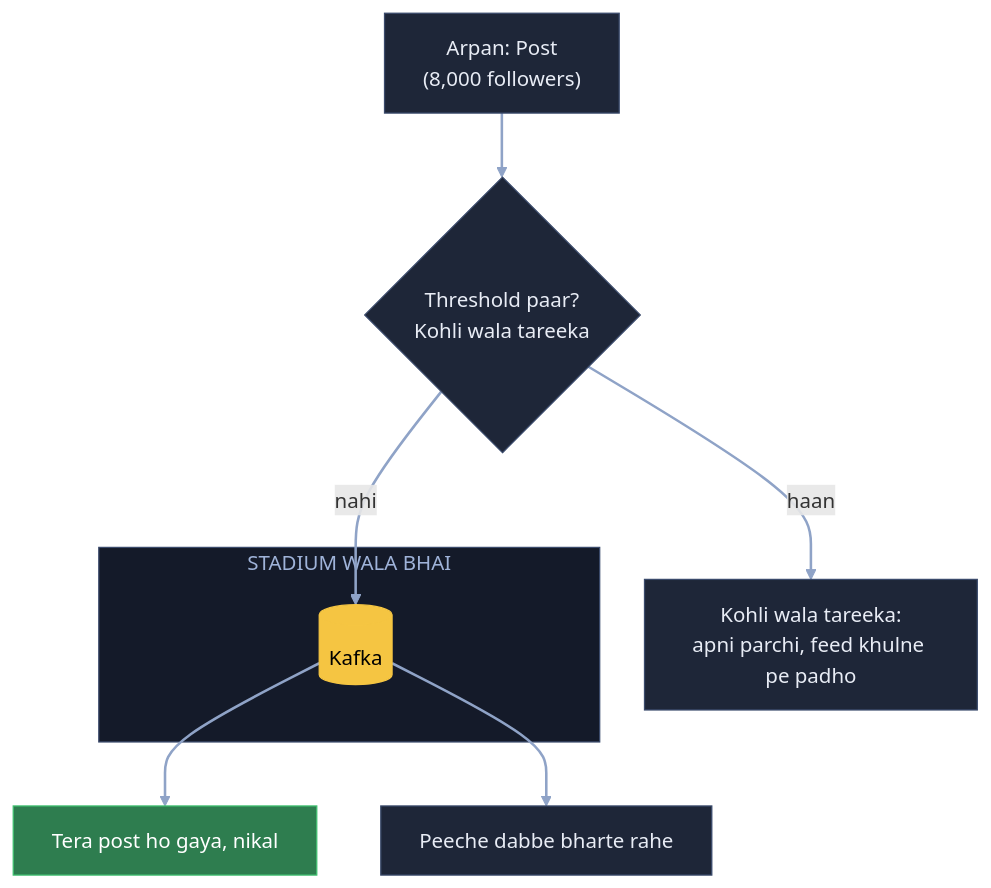
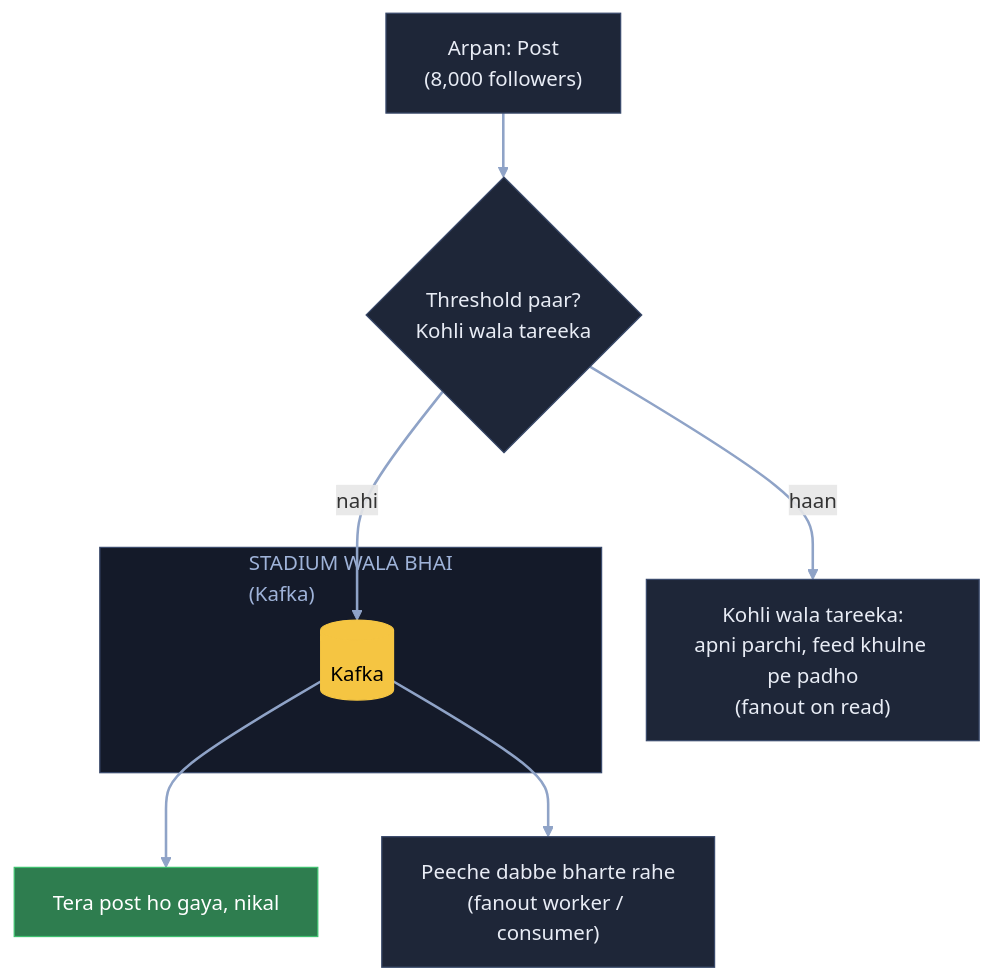
The fourth of 21 diagrams in 04_HLD/SYSTEM_DESIGNS/03_twitter_feed/03_twitter_feed.md (ArpanMaheshwari144/Prep), drawn with Mermaid before and after one commit. The commit also changed other lines of this file and 20 other files, not shown here.

Commit message:
HLD main files: diagram me kahani shabd + bracket me asli naam (21 design, 182 label)

````diff
--- a/04_HLD/SYSTEM_DESIGNS/03_twitter_feed/03_twitter_feed.md
+++ b/04_HLD/SYSTEM_DESIGNS/03_twitter_feed/03_twitter_feed.md
@@ -190,22 +190,22 @@
 ```mermaid
 flowchart TB
     A["Arpan: Post<br/>(8,000 followers)"]:::card
     T{"Threshold paar?<br/>Kohli wala tareeka"}:::card
-    subgraph SB["STADIUM WALA BHAI"]
+    subgraph SB["STADIUM WALA BHAI<br/>(Kafka)"]
         K[("Kafka")]:::pill
     end
     OK["Tera post ho gaya, nikal"]:::good
-    W["Peeche dabbe bharte rahe"]:::card
-    C["Kohli wala tareeka:<br/>apni parchi, feed khulne pe padho"]:::card
+    W["Peeche dabbe bharte rahe<br/>(fanout worker / consumer)"]:::card
+    C["Kohli wala tareeka:<br/>apni parchi, feed khulne pe padho<br/>(fanout on read)"]:::card
     A --> T
     T -- "nahi" --> K
     T -- "haan" --> C
     K --> OK
     K --> W
     linkStyle default stroke:#8fa3c7,stroke-width:2px
     classDef card fill:#1e2638,stroke:#3a4a6b,color:#e8ecf5
     classDef pill fill:#f5c542,stroke:#f5c542,color:#000
     classDef good fill:#2e7d4f,stroke:#3fbf6f,color:#fff
     classDef bad fill:#5c1f24,stroke:#e05561,color:#fff
     style SB fill:#141a29,stroke:#3a4a6b,color:#9fb3d9
 ```
````
